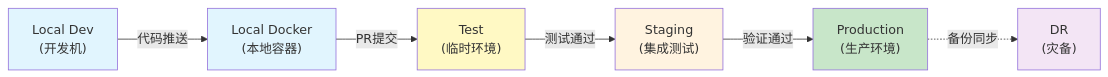
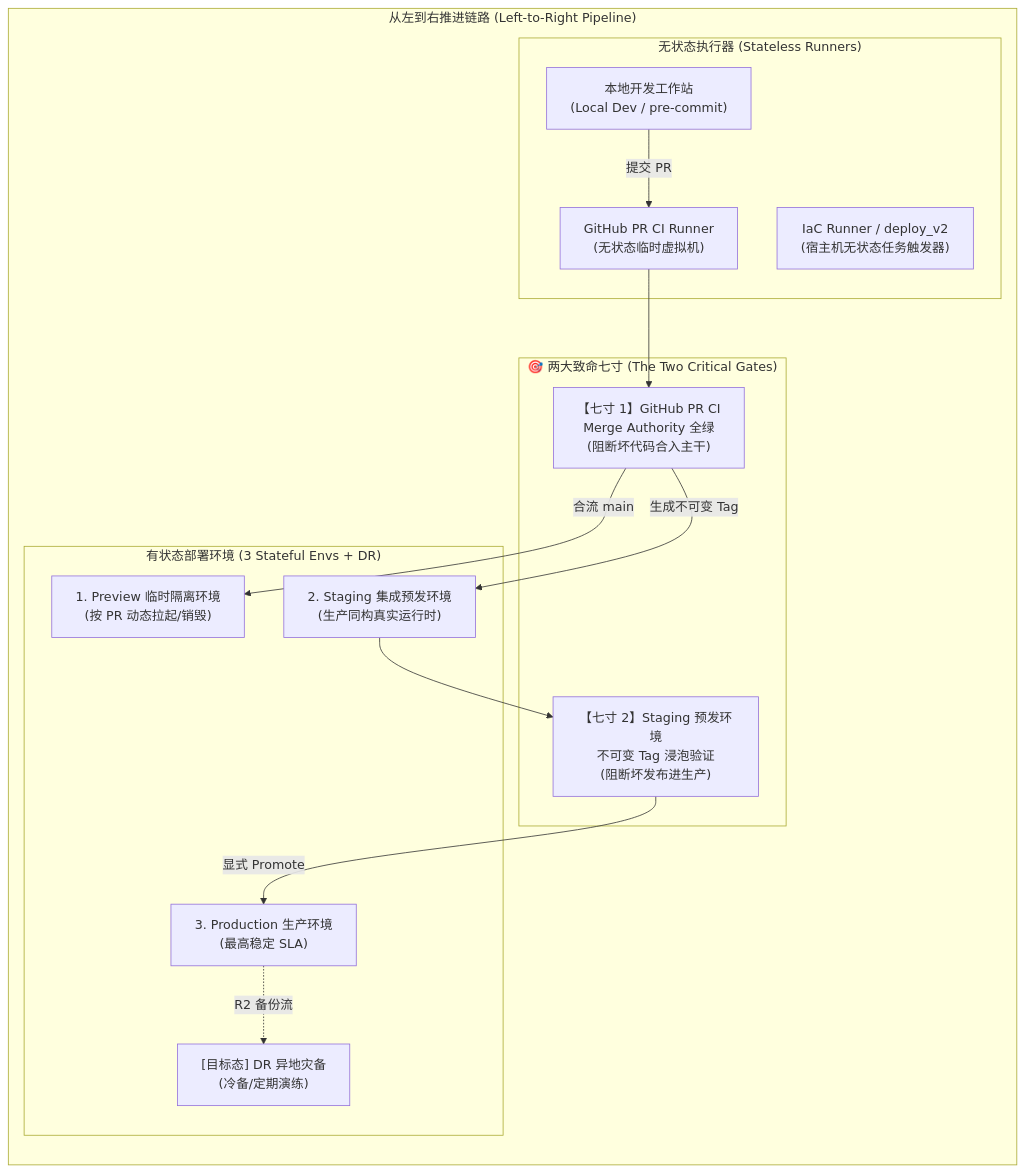
The diagram in docs/ssot/core.environments.md (wangzitian0/infra2), drawn with Mermaid before and after one commit. The commit also changed other lines of this file and 30 other files, not shown here.

````diff
--- a/docs/ssot/core.environments.md
+++ b/docs/ssot/core.environments.md
@@ -21,22 +27,30 @@
 ```mermaid
 flowchart LR
-    L1["Local Dev<br/>(开发机)"]
-    L2["Local Docker<br/>(本地容器)"]
-    T["Test<br/>(临时环境)"]
-    S["Staging<br/>(集成测试)"]
-    P["Production<br/>(生产环境)"]
-    DR["DR<br/>(灾备)"]
-    
-    L1 -->|代码推送| L2
-    L2 -->|PR提交| T
-    T -->|测试通过| S
-    S -->|验证通过| P
-    P -.->|备份同步| DR
-    
-    style L1 fill:#e1f5fe
-    style L2 fill:#e1f5fe
-    style T fill:#fff9c4
-    style S fill:#fff3e0
-    style P fill:#c8e6c9
-    style DR fill:#f3e5f5
+    subgraph L2R["从左到右推进链路 (Left-to-Right Pipeline)"]
+        subgraph Runners["无状态执行器 (Stateless Runners)"]
+            DevStation["本地开发工作站<br/>(Local Dev / pre-commit)"]
+            GHARunner["GitHub PR CI Runner<br/>(无状态临时虚拟机)"]
+            IaCRunner["IaC Runner / deploy_v2<br/>(宿主机无状态任务触发器)"]
+        end
+
+        subgraph ChokePoints["🎯 两大致命七寸 (The Two Critical Gates)"]
+            Gate1["【七寸 1】GitHub PR CI<br/>Merge Authority 全绿<br/>(阻断坏代码合入主干)"]
+            Gate2["【七寸 2】Staging 预发环境<br/>不可变 Tag 浸泡验证<br/>(阻断坏发布进生产)"]
+        end
+
+        subgraph DeployEnvs["有状态部署环境 (3 Stateful Envs + DR)"]
+            Preview["1. Preview 临时隔离环境<br/>(按 PR 动态拉起/销毁)"]
+            Staging["2. Staging 集成预发环境<br/>(生产同构真实运行时)"]
+            Production["3. Production 生产环境<br/>(最高稳定 SLA)"]
+            DR["[目标态] DR 异地灾备<br/>(冷备/定期演练)"]
+        end
+    end
+
+    DevStation -->|提交 PR| GHARunner
+    GHARunner --> Gate1
+    Gate1 -->|合流 main| Preview
+    Gate1 -->|生成不可变 Tag| Staging
+    Staging --> Gate2
+    Gate2 -->|显式 Promote| Production
+    Production -.->|R2 备份流| DR
 ```
````
